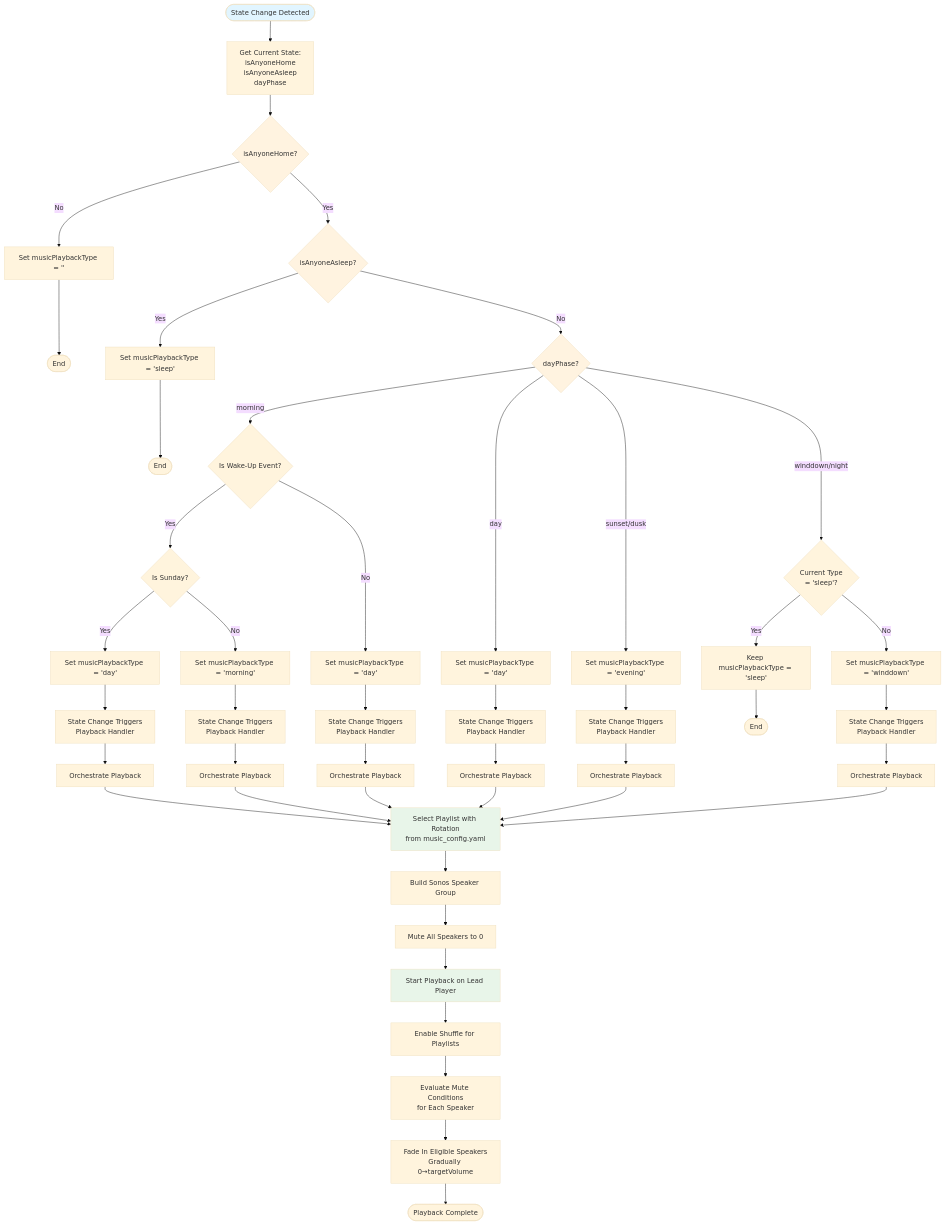
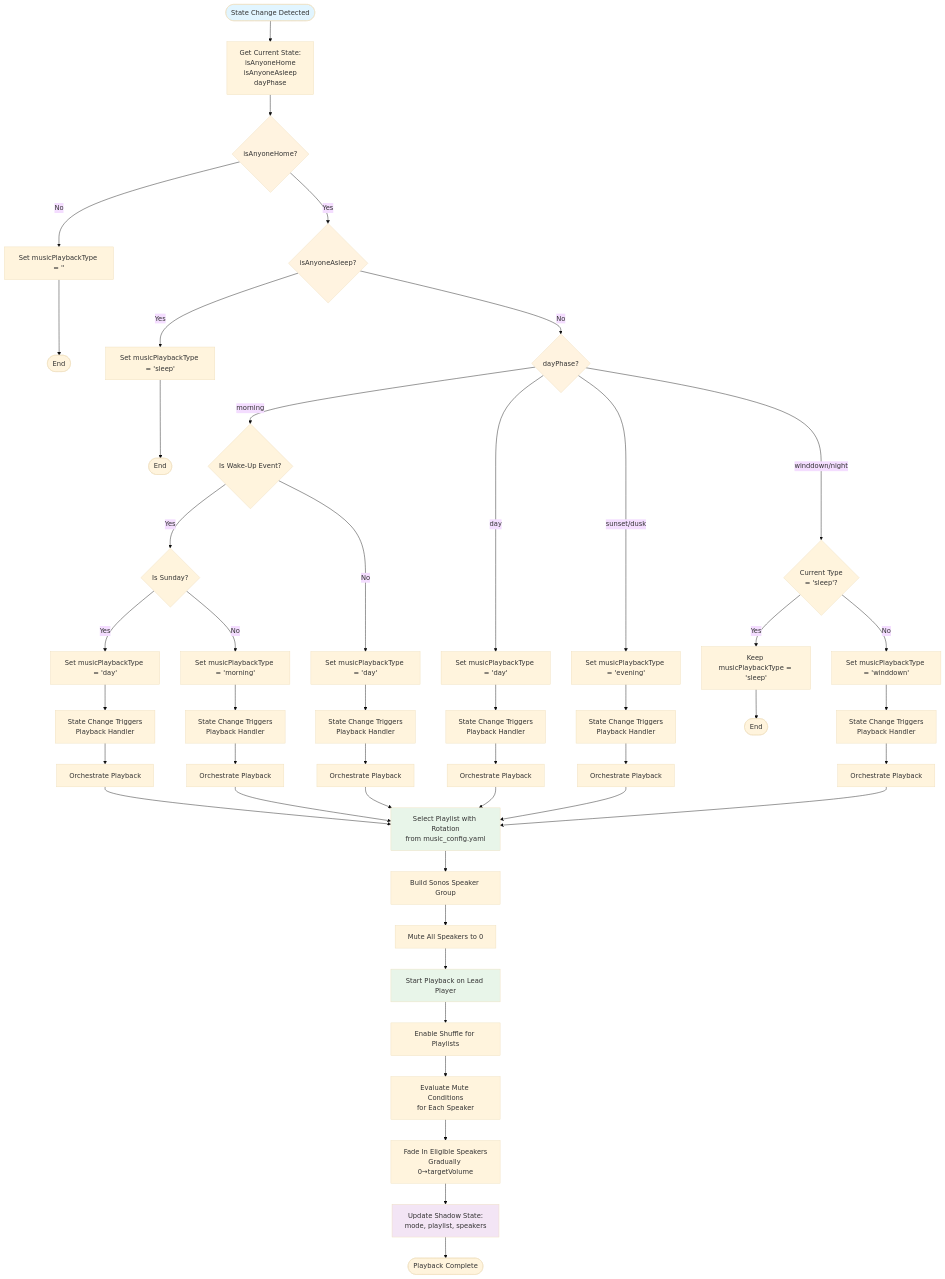
One commit to NickBorgersOnLowSecurityNode/home-automation changed diagram 11 of 14 in docs/architecture/VISUAL_ARCHITECTURE.md. Above: the diagram before and after it, drawn with Mermaid (base theme). The commit also changed other lines of this file and 3 other files, not shown here.

First line of the commit message:
docs: Update VISUAL_ARCHITECTURE.md and add Mermaid validation

````diff
--- a/docs/architecture/VISUAL_ARCHITECTURE.md
+++ b/docs/architecture/VISUAL_ARCHITECTURE.md
@@ -226,63 +595,65 @@
 ```mermaid
 flowchart TD
     Start([State Change Detected]) --> GetState[Get Current State:<br/>isAnyoneHome<br/>isAnyoneAsleep<br/>dayPhase]
 
     GetState --> CheckHome{isAnyoneHome?}
     CheckHome -->|No| StopMusic[Set musicPlaybackType = '']
     CheckHome -->|Yes| CheckAsleep{isAnyoneAsleep?}
 
     CheckAsleep -->|Yes| SetSleep[Set musicPlaybackType = 'sleep']
     CheckAsleep -->|No| CheckDayPhase{dayPhase?}
 
     CheckDayPhase -->|morning| CheckWakeUp{Is Wake-Up Event?}
     CheckWakeUp -->|Yes| CheckSunday{Is Sunday?}
     CheckSunday -->|Yes| SetDay1[Set musicPlaybackType = 'day']
     CheckSunday -->|No| SetMorning[Set musicPlaybackType = 'morning']
     CheckWakeUp -->|No| SetDay2[Set musicPlaybackType = 'day']
 
     CheckDayPhase -->|day| SetDay3[Set musicPlaybackType = 'day']
     CheckDayPhase -->|sunset/dusk| SetEvening[Set musicPlaybackType = 'evening']
     CheckDayPhase -->|winddown/night| CheckCurrentSleep{Current Type<br/>= 'sleep'?}
 
     CheckCurrentSleep -->|Yes| KeepSleep[Keep musicPlaybackType = 'sleep']
     CheckCurrentSleep -->|No| SetWinddown[Set musicPlaybackType = 'winddown']
 
     StopMusic --> End1([End])
     SetSleep --> End2([End])
     SetMorning --> TriggerPlayback1
     SetDay1 --> TriggerPlayback2
     SetDay2 --> TriggerPlayback3
     SetDay3 --> TriggerPlayback4
     SetEvening --> TriggerPlayback5
     SetWinddown --> TriggerPlayback6
     KeepSleep --> End3([End])
 
     TriggerPlayback1[State Change Triggers<br/>Playback Handler] --> Orchestrate1
     TriggerPlayback2[State Change Triggers<br/>Playback Handler] --> Orchestrate2
     TriggerPlayback3[State Change Triggers<br/>Playback Handler] --> Orchestrate3
     TriggerPlayback4[State Change Triggers<br/>Playback Handler] --> Orchestrate4
     TriggerPlayback5[State Change Triggers<br/>Playback Handler] --> Orchestrate5
     TriggerPlayback6[State Change Triggers<br/>Playback Handler] --> Orchestrate6
 
     Orchestrate1[Orchestrate Playback] --> SelectPlaylist
     Orchestrate2[Orchestrate Playback] --> SelectPlaylist
     Orchestrate3[Orchestrate Playback] --> SelectPlaylist
     Orchestrate4[Orchestrate Playback] --> SelectPlaylist
     Orchestrate5[Orchestrate Playback] --> SelectPlaylist
     Orchestrate6[Orchestrate Playback] --> SelectPlaylist
 
     SelectPlaylist[Select Playlist with Rotation<br/>from music_config.yaml] --> BuildGroup[Build Sonos Speaker Group]
     BuildGroup --> MuteAll[Mute All Speakers to 0]
     MuteAll --> StartPlayback[Start Playback on Lead Player]
     StartPlayback --> EnableShuffle[Enable Shuffle for Playlists]
     EnableShuffle --> EvalConditions[Evaluate Mute Conditions<br/>for Each Speaker]
     EvalConditions --> FadeIn[Fade In Eligible Speakers<br/>Gradually 0→targetVolume]
-    FadeIn --> Complete([Playback Complete])
+    FadeIn --> UpdateShadow[Update Shadow State:<br/>mode, playlist, speakers]
+    UpdateShadow --> Complete([Playback Complete])
 
     style Start fill:#e1f5ff
     style CheckHome fill:#fff3e0
     style CheckAsleep fill:#fff3e0
     style CheckDayPhase fill:#fff3e0
     style SelectPlaylist fill:#e8f5e9
     style StartPlayback fill:#e8f5e9
+    style UpdateShadow fill:#f3e5f5
 ```
````
